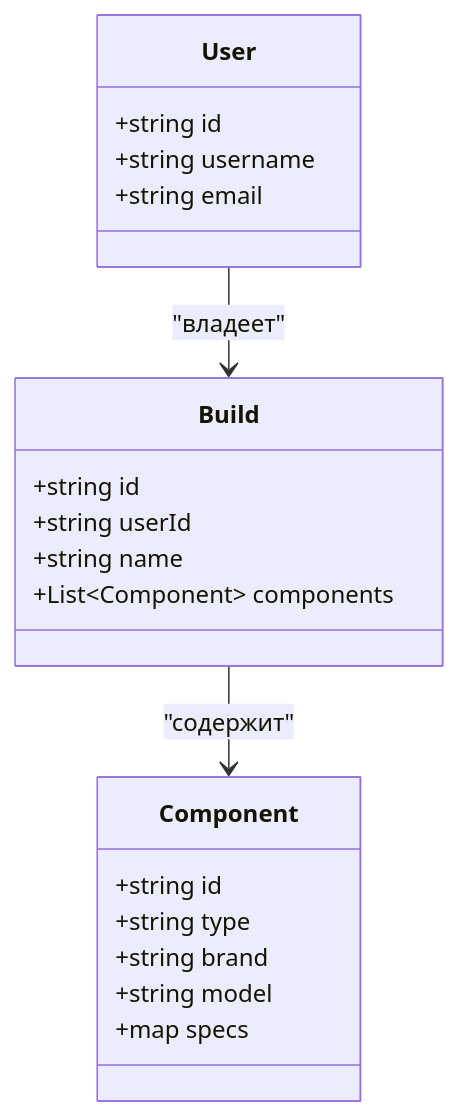
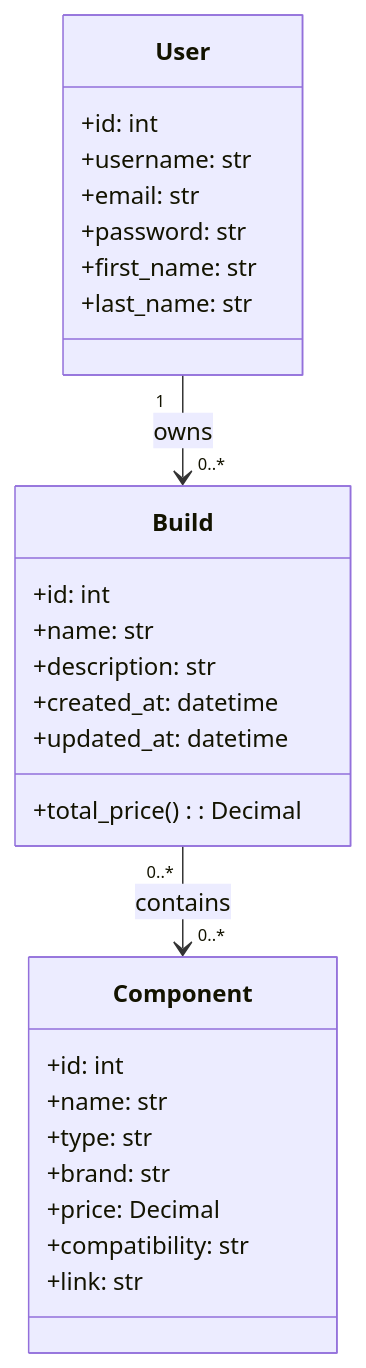
Before and after one commit to sofmjn/pc_builder_app: the second of 3 diagrams in README.md, drawn with Mermaid.

````diff
--- a/README.md
+++ b/README.md
@@ -20,26 +20,35 @@
 ```mermaid
+%%{init: {'theme': 'default'}}%%
 classDiagram
-    class User {
-        +string id
-        +string username
-        +string email
+    class User{
+        +id: int
+        +username: str
+        +email: str
+        +password: str
+        +first_name: str
+        +last_name: str
     }
 
-    class Build {
-        +string id
-        +string userId
-        +string name
-        +List~Component~ components
+    class Component{
+        +id: int
+        +name: str
+        +type: str
+        +brand: str
+        +price: Decimal
+        +compatibility: str
+        +link: str
     }
 
-    class Component {
-        +string id
-        +string type
-        +string brand
-        +string model
-        +map specs
+    class Build{
+        +id: int
+        +name: str
+        +description: str
+        +created_at: datetime
+        +updated_at: datetime
+        +total_price(): Decimal
     }
 
-    User --> Build : "владеет"
-    Build --> Component : "содержит"
+    User "1" --> "0..*" Build : owns
+    Build "0..*" --> "0..*" Component : contains
+
 ```
````
